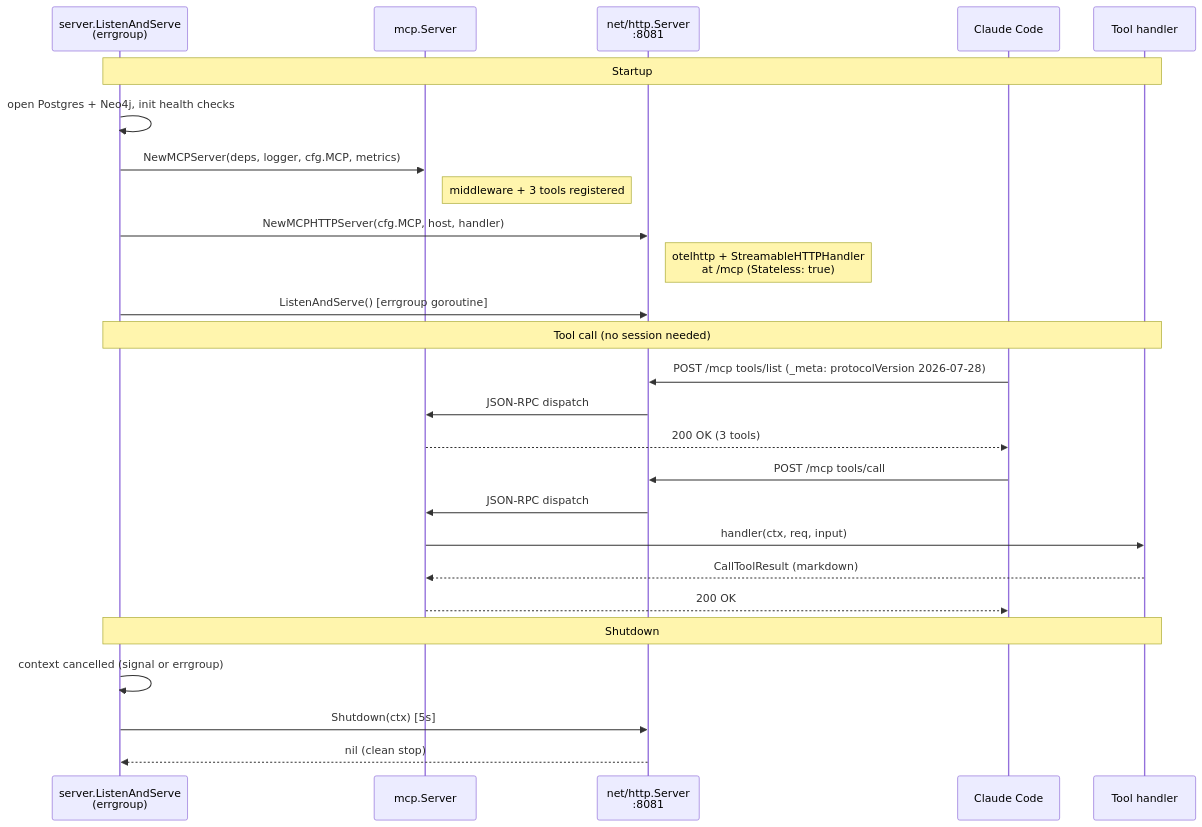
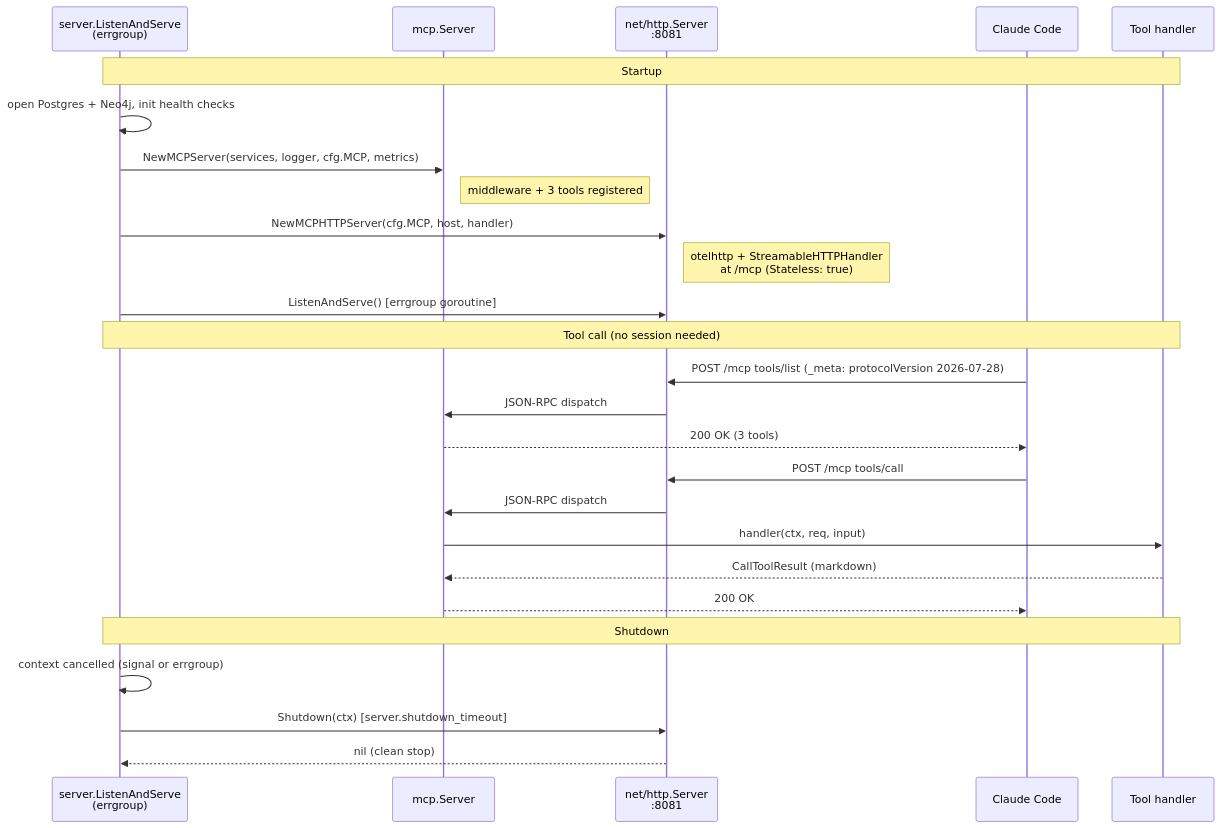
Before and after one commit to twistingmercury/mnemonic-docs: the first of 2 diagrams in docs/design/mcp-server.md, drawn with Mermaid. The commit also changed other lines of this file and 8 other files, not shown here.

````diff
--- a/docs/design/mcp-server.md
+++ b/docs/design/mcp-server.md
@@ -138,31 +138,31 @@
 ```mermaid
 sequenceDiagram
     participant Coord as server.ListenAndServe<br/>(errgroup)
     participant MCP as mcp.Server
     participant HTTP as net/http.Server<br/>:8081
     participant CC as Claude Code
     participant TH as Tool handler
 
     note over Coord,TH: Startup
     Coord->>Coord: open Postgres + Neo4j, init health checks
-    Coord->>MCP: NewMCPServer(deps, logger, cfg.MCP, metrics)
+    Coord->>MCP: NewMCPServer(services, logger, cfg.MCP, metrics)
     note right of MCP: middleware + 3 tools registered
     Coord->>HTTP: NewMCPHTTPServer(cfg.MCP, host, handler)
     note right of HTTP: otelhttp + StreamableHTTPHandler<br/>at /mcp (Stateless: true)
     Coord->>HTTP: ListenAndServe() [errgroup goroutine]
 
     note over Coord,TH: Tool call (no session needed)
     CC->>HTTP: POST /mcp tools/list (_meta: protocolVersion 2026-07-28)
     HTTP->>MCP: JSON-RPC dispatch
     MCP-->>CC: 200 OK (3 tools)
     CC->>HTTP: POST /mcp tools/call
     HTTP->>MCP: JSON-RPC dispatch
     MCP->>TH: handler(ctx, req, input)
     TH-->>MCP: CallToolResult (markdown)
     MCP-->>CC: 200 OK
 
     note over Coord,TH: Shutdown
     Coord->>Coord: context cancelled (signal or errgroup)
-    Coord->>HTTP: Shutdown(ctx) [5s]
+    Coord->>HTTP: Shutdown(ctx) [server.shutdown_timeout]
     HTTP-->>Coord: nil (clean stop)
 ```
````
